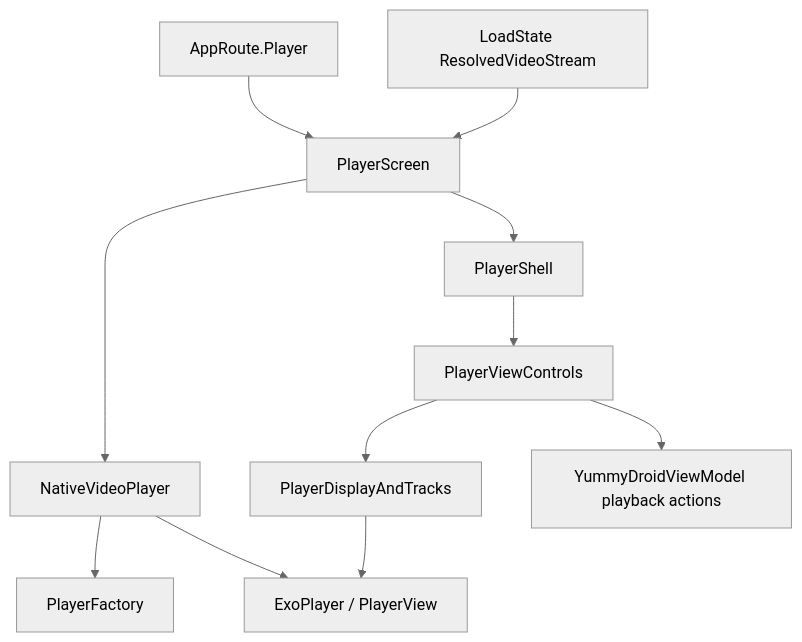
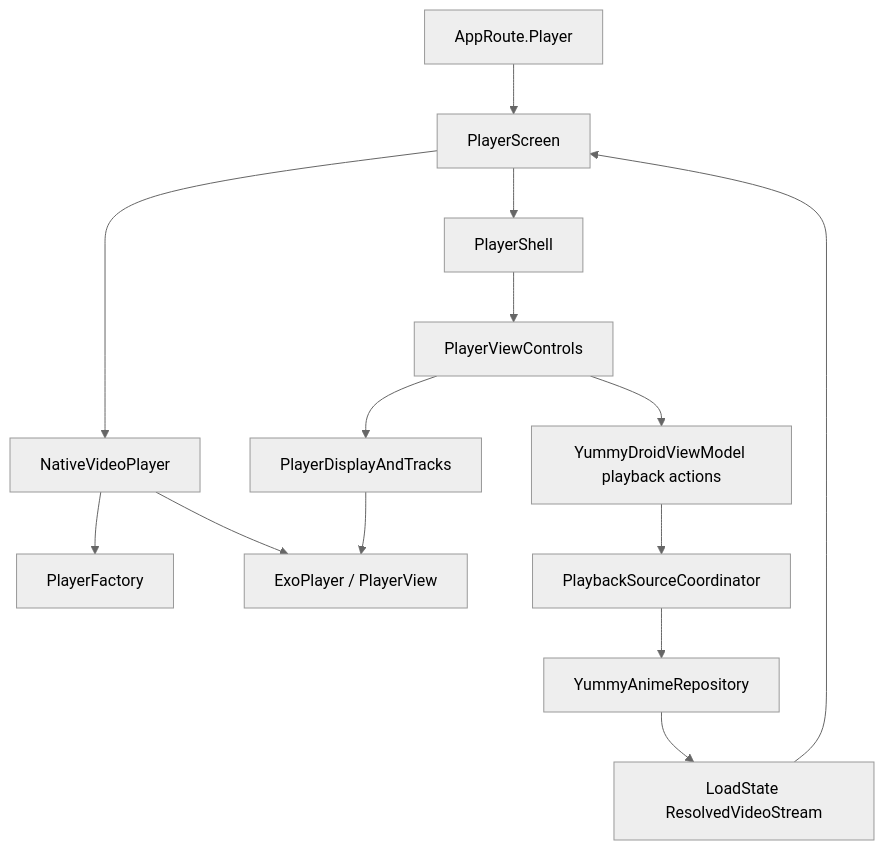
The seventh of 11 diagrams in docs/refactor-logic-map.md (saltek1995/YummyDroid), drawn with Mermaid (neutral theme) before and after one commit. The commit also changed other lines of this file and 4 other files, not shown here.

Commit message:
Centralize playback source coordination

````diff
--- a/docs/refactor-logic-map.md
+++ b/docs/refactor-logic-map.md
@@ -278,24 +278,29 @@
 ```mermaid
 flowchart TD
     Route[AppRoute.Player]
     PlayerScreen[PlayerScreen]
     StreamState[LoadState ResolvedVideoStream]
     Native[NativeVideoPlayer]
     Shell[PlayerShell]
     Controls[PlayerViewControls]
     Tracks[PlayerDisplayAndTracks]
     Factory[PlayerFactory]
     Media3[ExoPlayer / PlayerView]
     VM[YummyDroidViewModel playback actions]
+    SourceCoordinator[PlaybackSourceCoordinator]
+    Repository[YummyAnimeRepository]
 
     Route --> PlayerScreen
     StreamState --> PlayerScreen
     PlayerScreen --> Native
     PlayerScreen --> Shell
     Shell --> Controls
     Controls --> Tracks
     Native --> Factory
     Native --> Media3
     Tracks --> Media3
     Controls --> VM
+    VM --> SourceCoordinator
+    SourceCoordinator --> Repository
+    Repository --> StreamState
 ```
````
